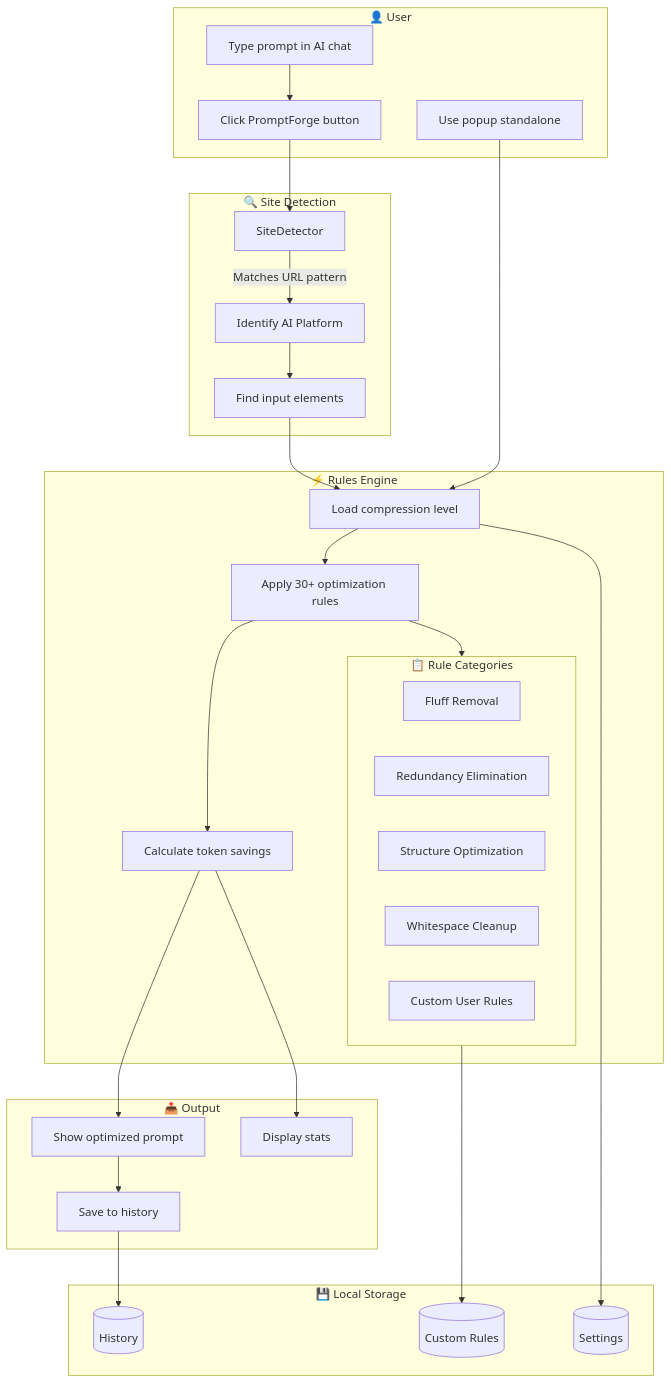
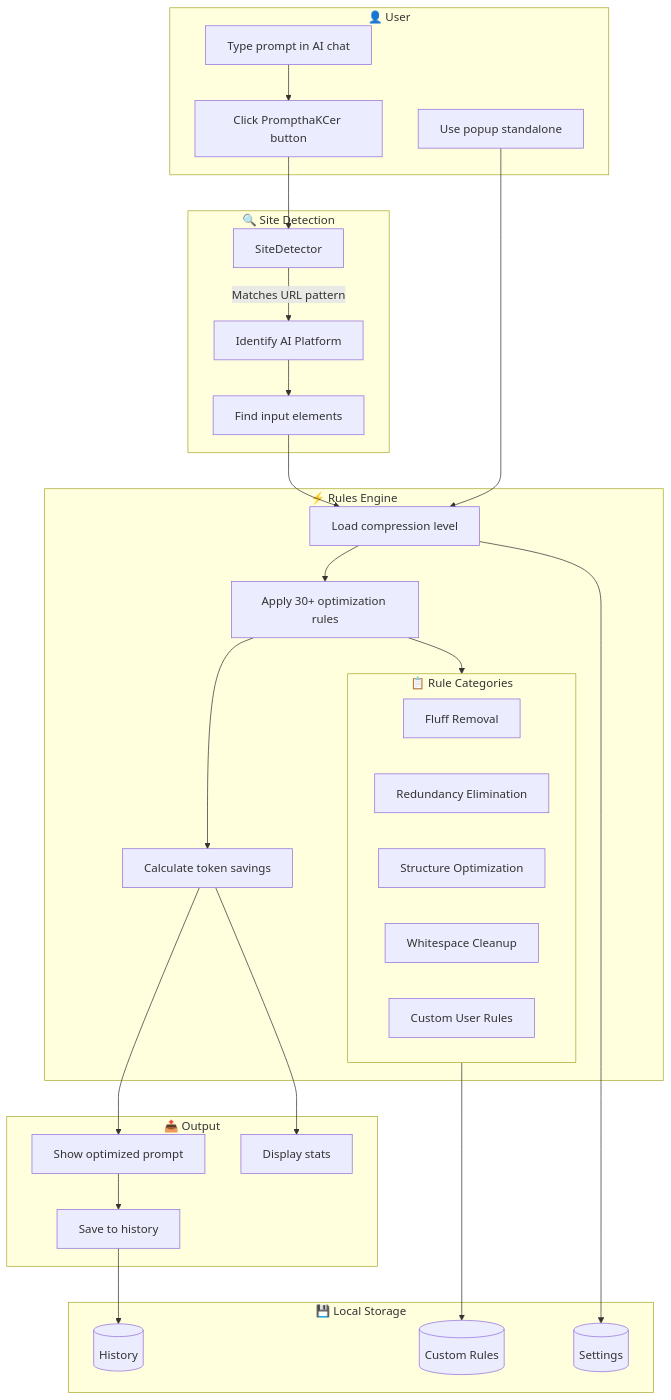
The first of 3 diagrams in README.md (haKC-ai/prompthakcer), drawn with Mermaid before and after one commit. The commit also changed other lines of this file and 12 other files, not shown here.

````diff
--- a/README.md
+++ b/README.md
@@ -184,55 +184,55 @@
 ```mermaid
 flowchart TB
     subgraph User["👤 User"]
         A[Type prompt in AI chat]
-        B[Click PromptForge button]
+        B[Click PrompthaKCer button]
         C[Use popup standalone]
     end
 
     subgraph Detection["🔍 Site Detection"]
         D[SiteDetector]
         D --> |Matches URL pattern| E[Identify AI Platform]
         E --> F[Find input elements]
     end
 
     subgraph Engine["⚡ Rules Engine"]
         G[Load compression level]
         H[Apply 30+ optimization rules]
         I[Calculate token savings]
 
         G --> H --> I
 
         subgraph Rules["📋 Rule Categories"]
             R1[Fluff Removal]
             R2[Redundancy Elimination]
             R3[Structure Optimization]
             R4[Whitespace Cleanup]
             R5[Custom User Rules]
         end
 
         H --> Rules
     end
 
     subgraph Output["📤 Output"]
         J[Show optimized prompt]
         K[Display stats]
         L[Save to history]
     end
 
     A --> B --> D
     C --> G
     F --> G
     I --> J
     I --> K
     J --> L
 
     subgraph Storage["💾 Local Storage"]
         M[(History)]
         N[(Settings)]
         O[(Custom Rules)]
     end
 
     L --> M
     G --> N
     Rules --> O
 ```
````
